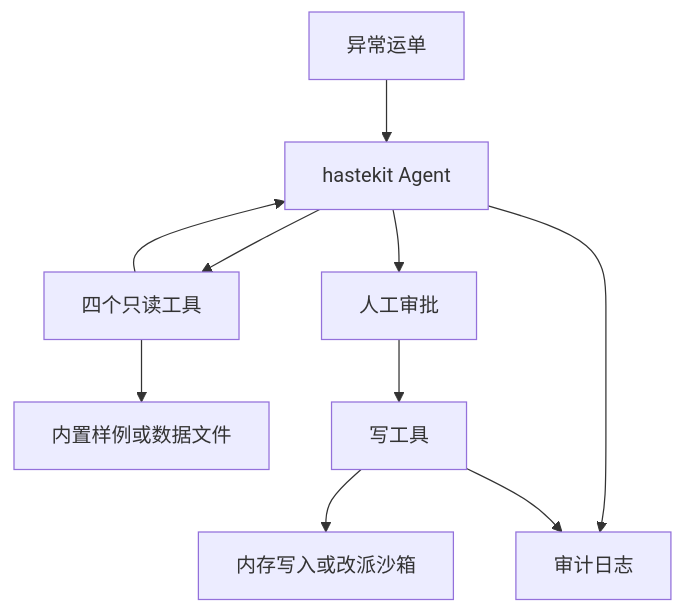
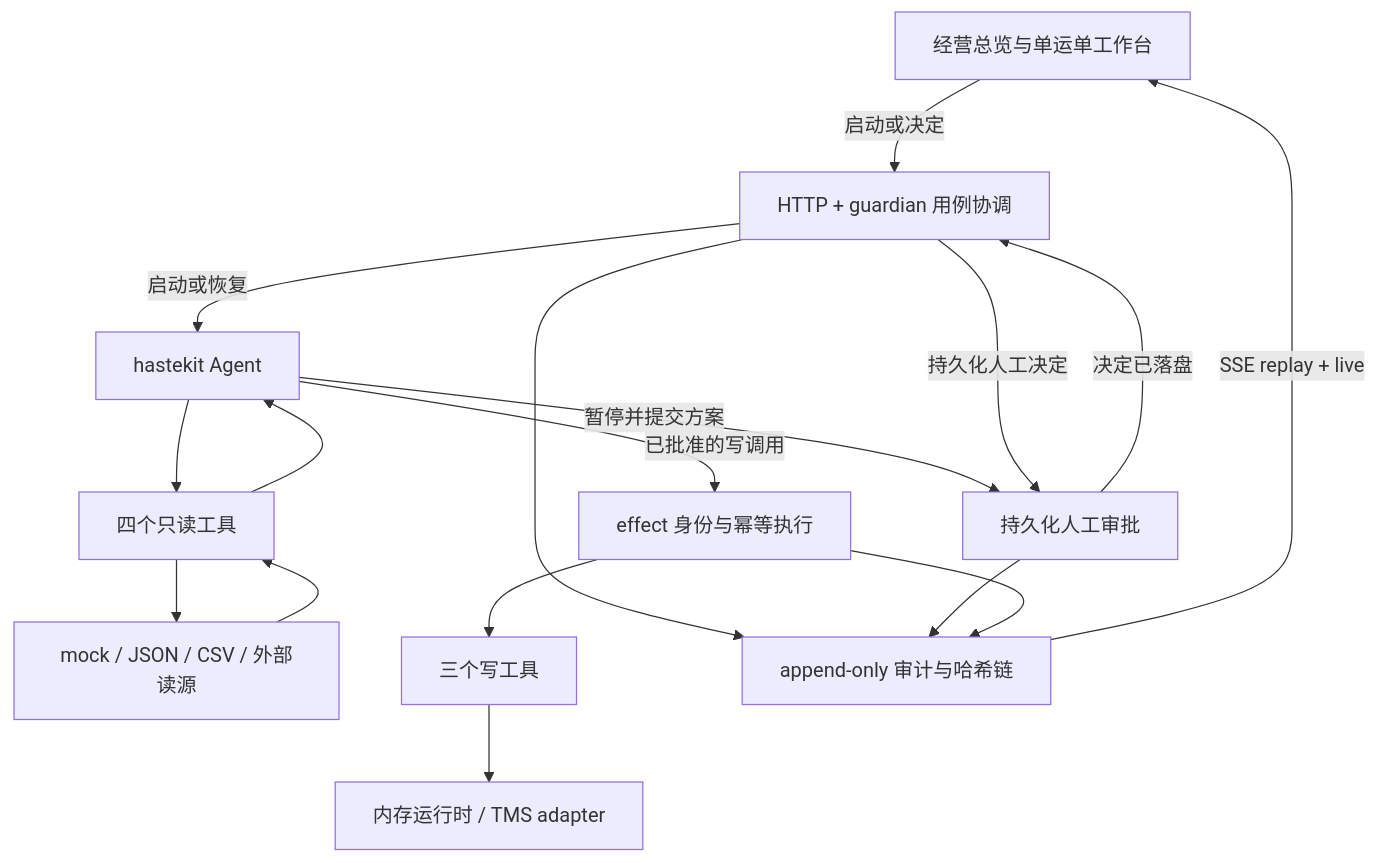
The first of 2 diagrams in README.md (Duang777/waybill-guardian), drawn with Mermaid before and after one commit. The commit also changed other lines of this file and 3 other files, not shown here.

````diff
--- a/README.md
+++ b/README.md
@@ -55,21 +64,30 @@
 ```mermaid
 flowchart TD
-  incident["异常运单"]
+  browser["经营总览与单运单工作台"]
+  guardian["HTTP + guardian 用例协调"]
   agent["hastekit Agent"]
   readtools["四个只读工具"]
-  datasource["内置样例或数据文件"]
-  approval["人工审批"]
-  writetools["写工具"]
-  platformbox["内存写入或改派沙箱"]
-  auditlog["审计日志"]
+  sources["mock / JSON / CSV / 外部读源"]
+  approval["持久化人工审批"]
+  effects["effect 身份与幂等执行"]
+  writetools["三个写工具"]
+  platform["内存运行时 / TMS adapter"]
+  audit["append-only 审计与哈希链"]
 
-  incident --> agent
+  browser -->|启动或决定| guardian
+  guardian -->|启动或恢复| agent
   agent --> readtools
-  readtools --> datasource
+  readtools --> sources
+  sources --> readtools
   readtools --> agent
-  agent --> approval
-  approval --> writetools
-  writetools --> platformbox
-  agent --> auditlog
-  writetools --> auditlog
+  agent -->|暂停并提交方案| approval
+  guardian -->|持久化人工决定| approval
+  approval -->|决定已落盘| guardian
+  agent -->|已批准的写调用| effects
+  effects --> writetools
+  writetools --> platform
+  guardian --> audit
+  approval --> audit
+  effects --> audit
+  audit -->|SSE replay + live| browser
 ```
````
